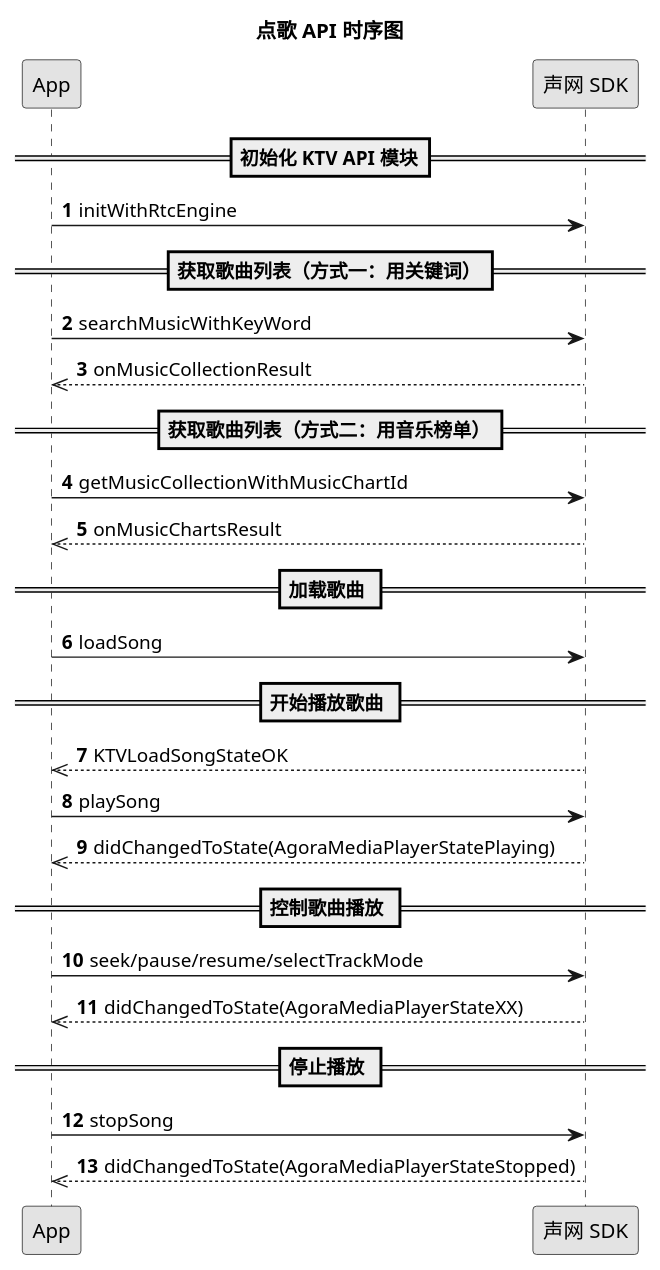
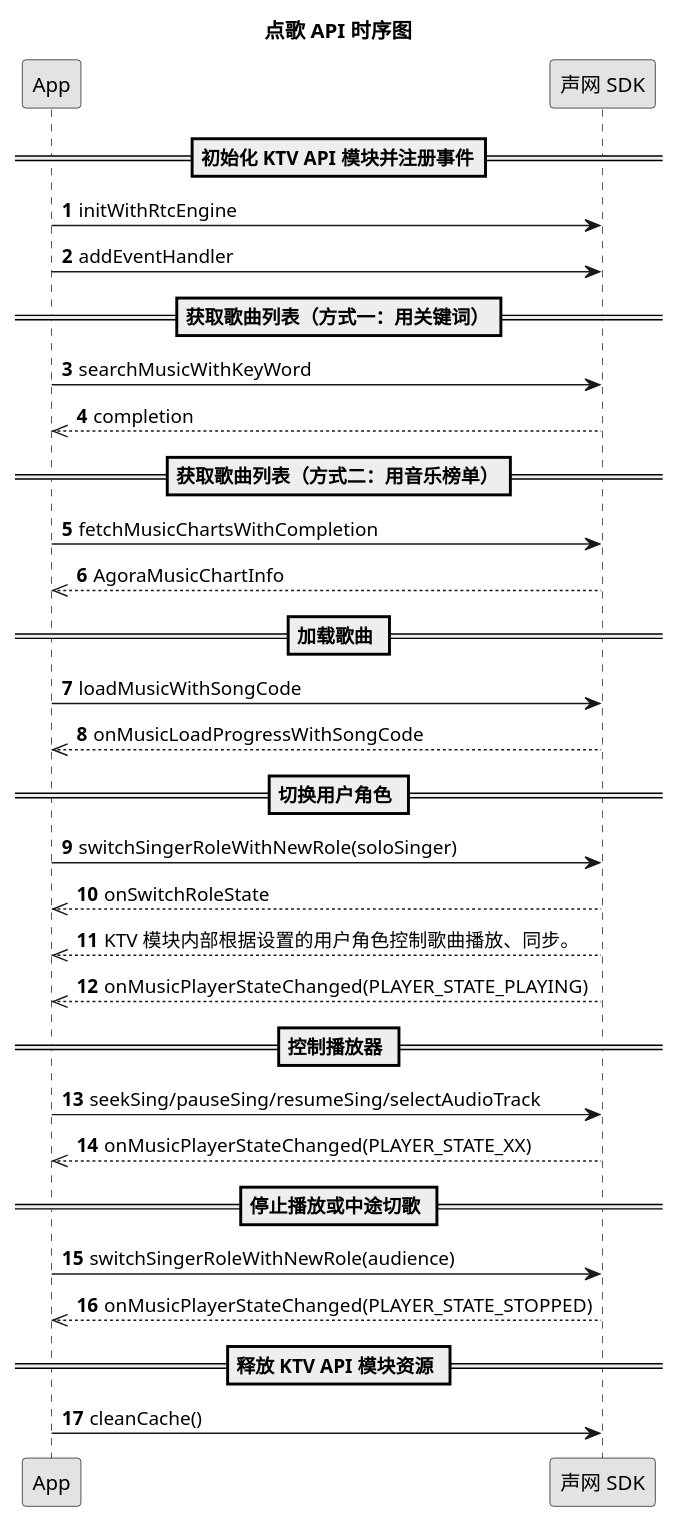
One commit to AgoraIO/agora_doc_source changed the diagram in markdown/online-ktv/改进/场景化方案/iOS/实现文档/点歌.wsd. Above: the diagram before and after it, drawn with PlantUML. The commit also changed 3 other files, not shown here.

Commit message:
update api sequence

```diff
--- a/markdown/online-ktv/改进/场景化方案/iOS/实现文档/点歌.wsd
+++ b/markdown/online-ktv/改进/场景化方案/iOS/实现文档/点歌.wsd
@@ -1,27 +1,32 @@
 @startuml
 title 点歌 API 时序图
 autonumber
 skinparam monochrome true
 participant "App" as a
 participant "声网 SDK" as b
-== 初始化 KTV API 模块==
+== 初始化 KTV API 模块并注册事件==
 a -> b: initWithRtcEngine
+a -> b: addEventHandler
 == 获取歌曲列表（方式一：用关键词）==
 a -> b: searchMusicWithKeyWord
-b -->> a: onMusicCollectionResult
+b -->> a: completion
 == 获取歌曲列表（方式二：用音乐榜单）==
-a -> b: getMusicCollectionWithMusicChartId
-b -->> a: onMusicChartsResult
+a -> b: fetchMusicChartsWithCompletion
+b -->> a: AgoraMusicChartInfo
 == 加载歌曲 ==
-a -> b: loadSong
-== 开始播放歌曲 ==
-b -->> a: KTVLoadSongStateOK
-a -> b: playSong
-b -->> a: didChangedToState(AgoraMediaPlayerStatePlaying)
-== 控制歌曲播放 ==
-a ->b: seek/pause/resume/selectTrackMode
-b -->> a: didChangedToState(AgoraMediaPlayerStateXX)
-== 停止播放 ==
-a -> b: stopSong
-b -->> a: didChangedToState(AgoraMediaPlayerStateStopped)
+a -> b: loadMusicWithSongCode
+b -->> a: onMusicLoadProgressWithSongCode
+== 切换用户角色 ==
+a -> b: switchSingerRoleWithNewRole(soloSinger)
+b -->> a:onSwitchRoleState
+b -->> a: KTV 模块内部根据设置的用户角色控制歌曲播放、同步。
+b -->> a:onMusicPlayerStateChanged(PLAYER_STATE_PLAYING)
+== 控制播放器 ==
+a ->b: seekSing/pauseSing/resumeSing/selectAudioTrack
+b -->> a: onMusicPlayerStateChanged(PLAYER_STATE_XX)
+== 停止播放或中途切歌 ==
+a -> b: switchSingerRoleWithNewRole(audience)
+b -->> a: onMusicPlayerStateChanged(PLAYER_STATE_STOPPED)
+== 释放 KTV API 模块资源 ==
+a ->b: cleanCache()
 @enduml
```
